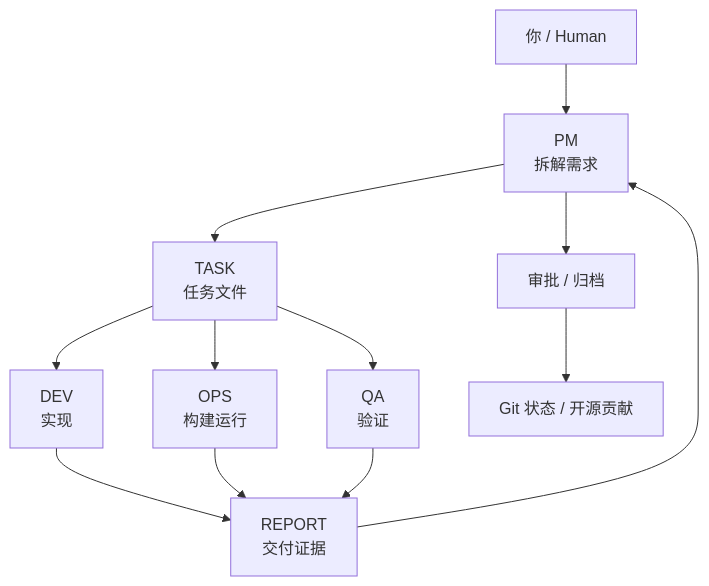
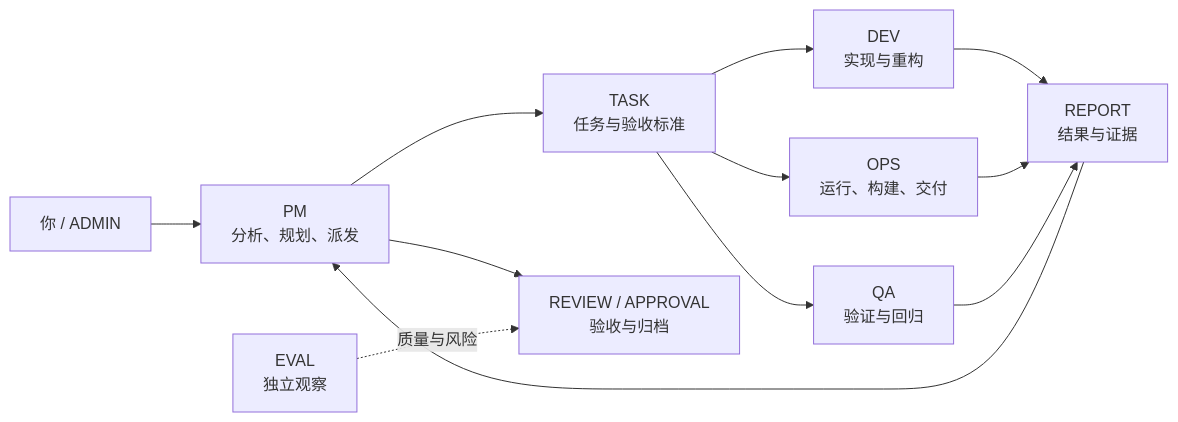
The diagram in README.zh.md (joinwell52-AI/CodeFlowMu-open), drawn with Mermaid before and after one commit. The commit also changed other lines of this file and 27 other files, not shown here.

````diff
--- a/README.zh.md
+++ b/README.zh.md
@@ -87,14 +119,14 @@
 ```mermaid
-flowchart TD
-  U["你 / Human"] --> P["PM<br/>拆解需求"]
-  P --> T["TASK<br/>任务文件"]
-  T --> D["DEV<br/>实现"]
-  T --> O["OPS<br/>构建运行"]
-  T --> Q["QA<br/>验证"]
-  D --> R["REPORT<br/>交付证据"]
-  O --> R
-  Q --> R
-  R --> P
-  P --> A["审批 / 归档"]
-  A --> G["Git 状态 / 开源贡献"]
+flowchart LR
+  Human["你 / ADMIN"] --> PM["PM<br/>分析、规划、派发"]
+  PM --> TASK["TASK<br/>任务与验收标准"]
+  TASK --> DEV["DEV<br/>实现与重构"]
+  TASK --> OPS["OPS<br/>运行、构建、交付"]
+  TASK --> QA["QA<br/>验证与回归"]
+  DEV --> REPORT["REPORT<br/>结果与证据"]
+  OPS --> REPORT
+  QA --> REPORT
+  REPORT --> PM
+  PM --> REVIEW["REVIEW / APPROVAL<br/>验收与归档"]
+  EVAL["EVAL<br/>独立观察"] -.->|质量与风险| REVIEW
 ```
````
